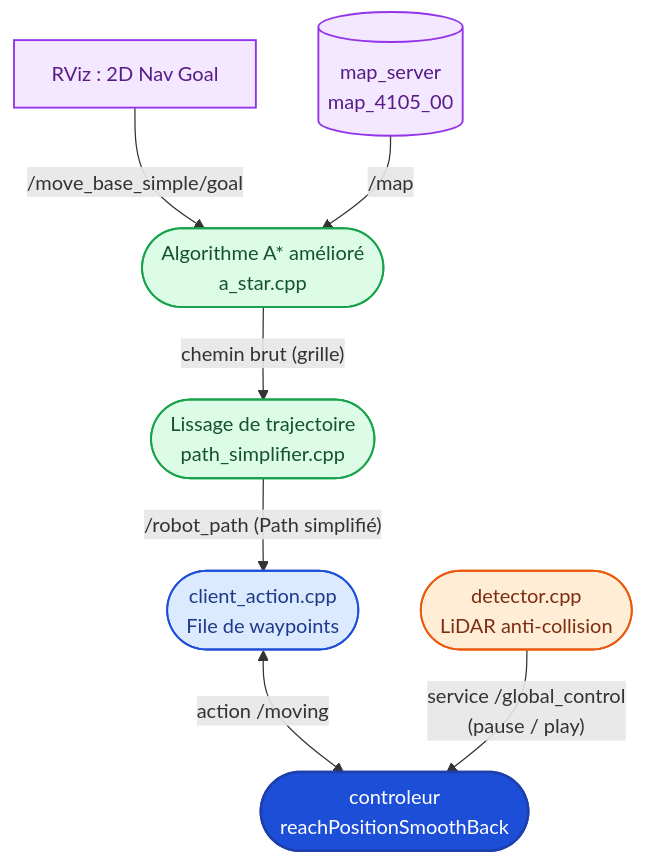
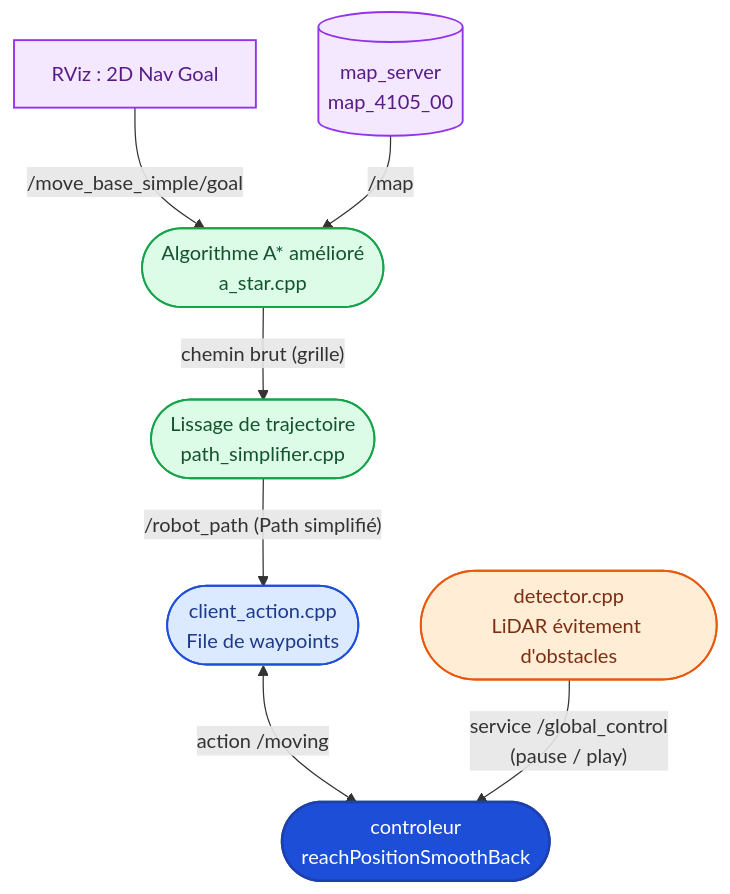
Before and after one commit to benoitdekeyn/E4SE_TD_TP: diagram 18 of 18 in robotique_et_navigation/Rapport/Rapport.md, drawn with Mermaid. The commit also changed other lines of this file and 2 other files, not shown here.

````diff
--- a/robotique_et_navigation/Rapport/Rapport.md
+++ b/robotique_et_navigation/Rapport/Rapport.md
@@ -1551,25 +1444,25 @@
 ```mermaid
 flowchart TB
     RVIZ["`RViz : 2D Nav Goal`"]
     MAP[("`map_server<br/>map_4105_00`")]
     ASTAR(["`Algorithme A* amélioré<br/>a_star.cpp`"])
     SIMP(["`Lissage de trajectoire<br/>path_simplifier.cpp`"])
     CACT(["`client_action.cpp<br/>File de waypoints`"])
     CTRL(["`controleur<br/>reachPositionSmoothBack`"])
-    DET(["`detector.cpp<br/>LiDAR anti-collision`"])
+    DET(["`detector.cpp<br/>LiDAR évitement d'obstacles`"])
 
     RVIZ -->|"/move_base_simple/goal"| ASTAR
     MAP -->|"/map"| ASTAR
     ASTAR -->|"chemin brut (grille)"| SIMP
     SIMP -->|"/robot_path (Path simplifié)"| CACT
     CACT <-->|"action /moving"| CTRL
     DET -->|"service /global_control<br/>(pause / play)"| CTRL
 
     style RVIZ fill:#f3e8ff,stroke:#9333ea,stroke-width:1.5px,color:#581c87
     style MAP fill:#f3e8ff,stroke:#9333ea,stroke-width:1.5px,color:#581c87
     style ASTAR fill:#dcfce7,stroke:#16a34a,stroke-width:1.5px,color:#14532d
     style SIMP fill:#dcfce7,stroke:#16a34a,stroke-width:1.5px,color:#14532d
     style CACT fill:#dbeafe,stroke:#1d4ed8,stroke-width:1.5px,color:#1e3a8a
     style CTRL fill:#1d4ed8,stroke:#1e40af,stroke-width:2px,color:#ffffff
     style DET fill:#ffedd5,stroke:#ea580c,stroke-width:1.5px,color:#7c2d12
 ```
````
